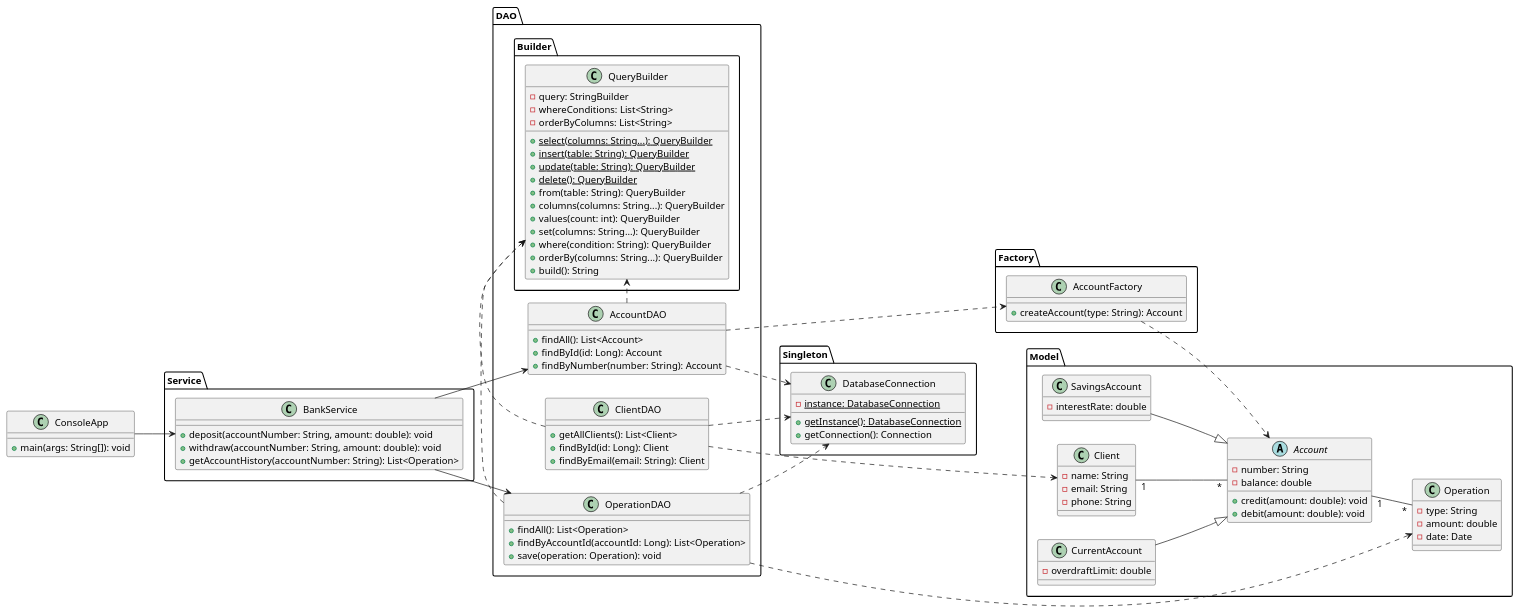
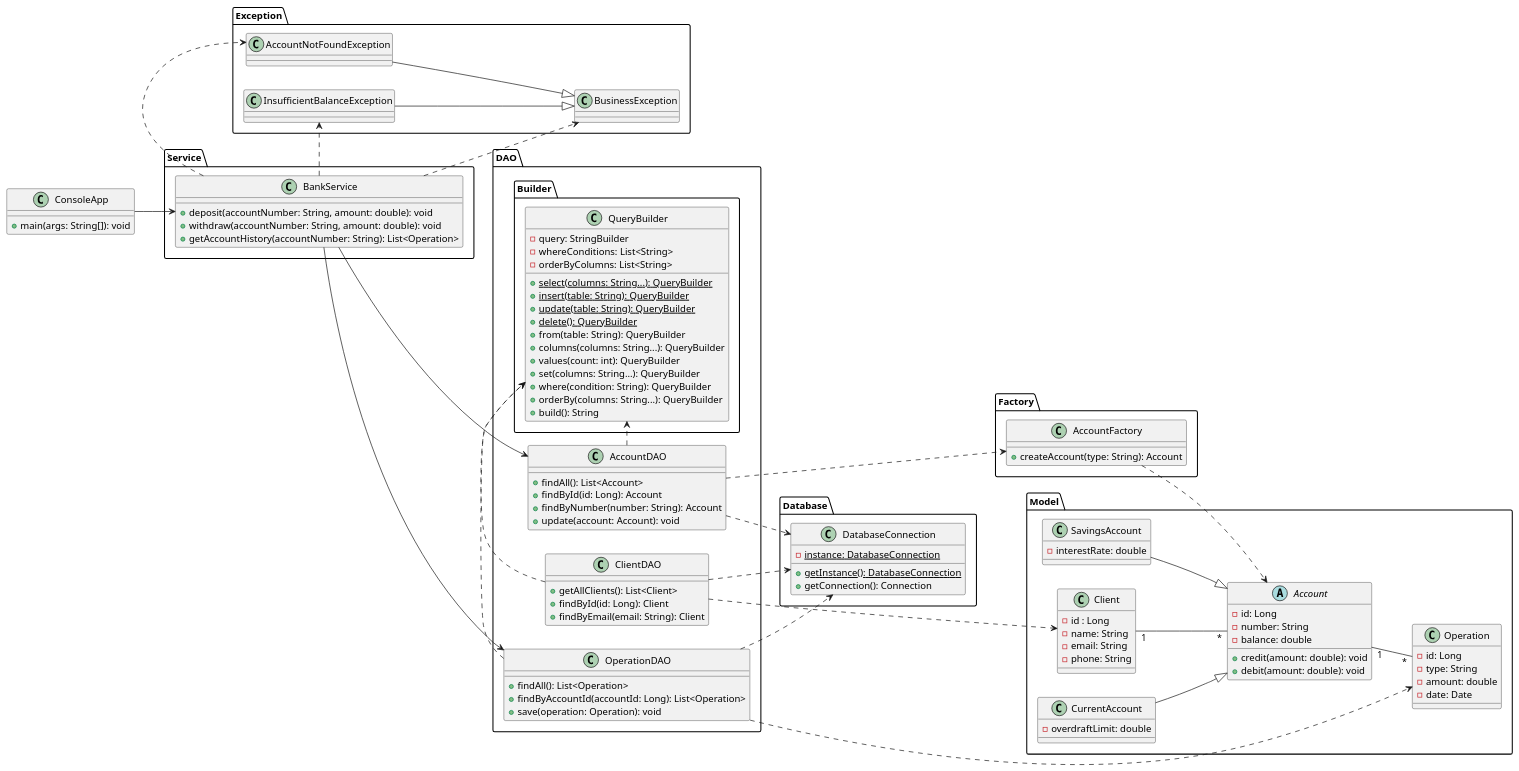
The diagram in docs/Class/ClassDiagram.puml (john7440/Tp-Bank-Design-Pattern), drawn with PlantUML before and after one commit. The commit also changed 53 other files, not shown here.

```diff
--- a/docs/Class/ClassDiagram.puml
+++ b/docs/Class/ClassDiagram.puml
@@ -1,118 +1,137 @@
 @startuml
 
 left to right direction
 
 package "Model" {
     class Client {
+        - id : Long
         - name: String
         - email: String
         - phone: String
     }
 
     abstract class Account {
+        - id: Long
         - number: String
         - balance: double
         + credit(amount: double): void
         + debit(amount: double): void
     }
 
     class CurrentAccount{
         - overdraftLimit: double
     }
     class SavingsAccount{
         - interestRate: double
     }
 
     class Operation {
+        - id: Long
         - type: String
         - amount: double
         - date: Date
     }
 
     Client "1" -- "*" Account
     Account "1" -- "*" Operation
     CurrentAccount --|> Account
     SavingsAccount --|> Account
 }
 
 package DAO {
     class ClientDAO {
         + getAllClients(): List<Client>
         + findById(id: Long): Client
         + findByEmail(email: String): Client
     }
 
     class OperationDAO {
         + findAll(): List<Operation>
         + findByAccountId(accountId: Long): List<Operation>
         + save(operation: Operation): void
     }
 
     class AccountDAO {
             + findAll(): List<Account>
             + findById(id: Long): Account
             + findByNumber(number: String): Account
+            + update(account: Account): void
         }
 }
 
-package Singleton{
+package Database{
     class DatabaseConnection {
         - {static} instance: DatabaseConnection
         + {static} getInstance(): DatabaseConnection
         + getConnection(): Connection
     }
 }
 
 package Factory{
     class AccountFactory {
         + createAccount(type: String): Account
     }
+}
+
+package Exception {
+    class AccountNotFoundException{
+    }
+    class BusinessException{
+    }
+    class InsufficientBalanceException{
+    }
+
+    AccountNotFoundException --|> BusinessException
+    InsufficientBalanceException --|> BusinessException
 }
 
 package DAO.Builder{
     class QueryBuilder{
     - query: StringBuilder
     - whereConditions: List<String>
     - orderByColumns: List<String>
     + {static} select(columns: String...): QueryBuilder
     + {static} insert(table: String): QueryBuilder
     + {static} update(table: String): QueryBuilder
     + {static} delete(): QueryBuilder
     + from(table: String): QueryBuilder
     + columns(columns: String...): QueryBuilder
     + values(count: int): QueryBuilder
     + set(columns: String...): QueryBuilder
     + where(condition: String): QueryBuilder
     + orderBy(columns: String...): QueryBuilder
     + build(): String
     }
 }
 
 
 package Service {
     class BankService {
         + deposit(accountNumber: String, amount: double): void
         + withdraw(accountNumber: String, amount: double): void
         + getAccountHistory(accountNumber: String): List<Operation>
     }
 }
 
 class ConsoleApp {
     + main(args: String[]): void
 }
 
 AccountFactory ..> Account
 ClientDAO ..> DatabaseConnection
 ClientDAO ..> Client
 ClientDAO .> QueryBuilder
 OperationDAO .> QueryBuilder
 OperationDAO ..> DatabaseConnection
 OperationDAO ..> Operation
 AccountDAO ..> DatabaseConnection
 AccountDAO ...> AccountFactory
 AccountDAO .> QueryBuilder
 BankService --> AccountDAO
 BankService --> OperationDAO
 ConsoleApp --> BankService
+BankService .> AccountNotFoundException
+BankService .> BusinessException
+BankService .> InsufficientBalanceException
 
 @enduml
```
